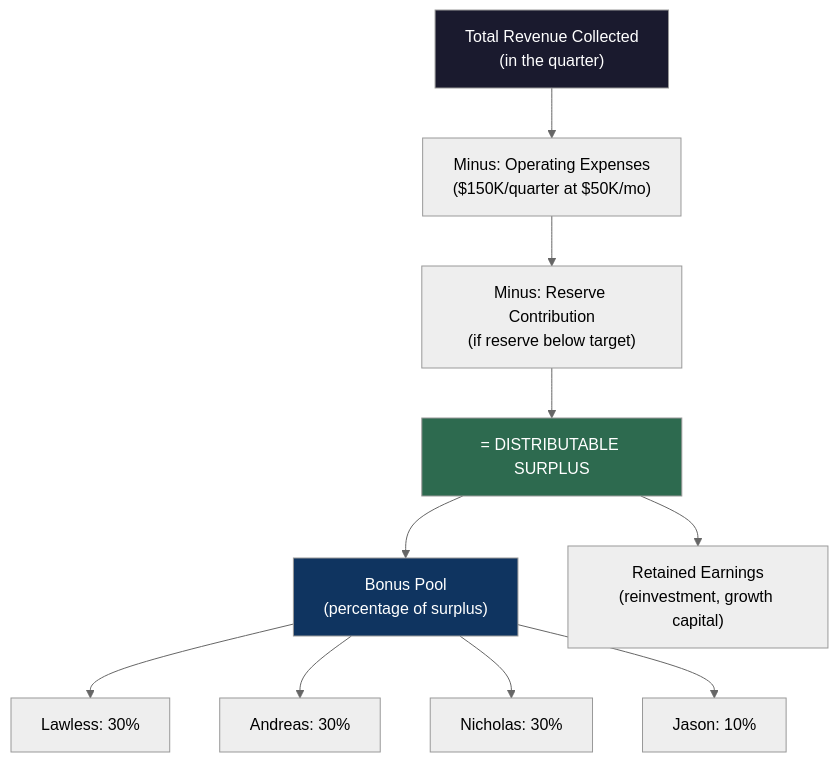
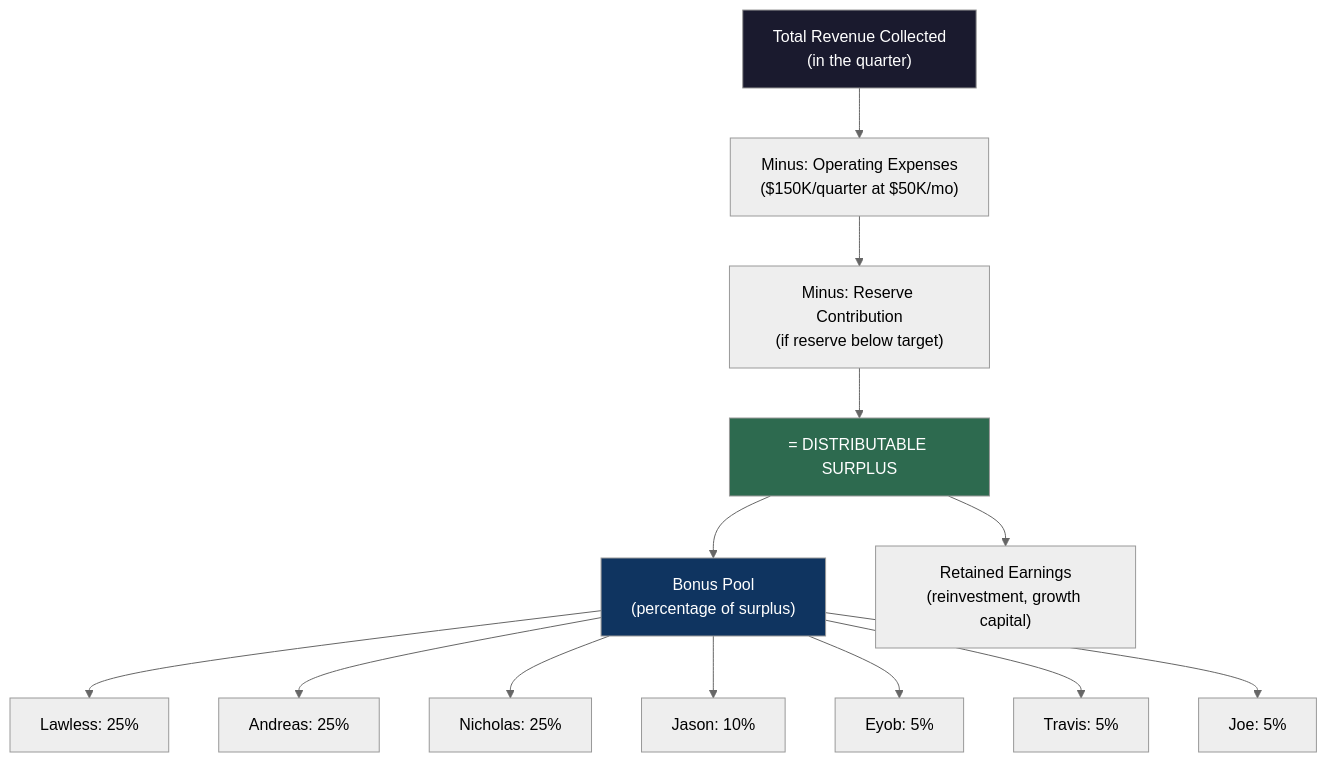
Before and after one commit to Light-Brands/qie: the second of 3 diagrams in docs/light-brands-operations-manual-2026-03-05.md, drawn with Mermaid (neutral theme). The commit also changed other lines of this file and 1 other file, not shown here.

Commit message:
Update equity table: 25/25/25/10/5/5/5 — add Eyob, Travis, Joe as partners

````diff
--- a/docs/light-brands-operations-manual-2026-03-05.md
+++ b/docs/light-brands-operations-manual-2026-03-05.md
@@ -131,22 +134,25 @@
 ```mermaid
 graph TD
     REV["Total Revenue Collected<br/>(in the quarter)"]
     OP["Minus: Operating Expenses<br/>($150K/quarter at $50K/mo)"]
     RES["Minus: Reserve Contribution<br/>(if reserve below target)"]
     POOL["= DISTRIBUTABLE SURPLUS"]
     BONUS["Bonus Pool<br/>(percentage of surplus)"]
     RETAIN["Retained Earnings<br/>(reinvestment, growth capital)"]
 
     REV --> OP --> RES --> POOL
     POOL --> BONUS
     POOL --> RETAIN
 
-    BONUS --> L["Lawless: 30%"]
-    BONUS --> A["Andreas: 30%"]
-    BONUS --> N["Nicholas: 30%"]
+    BONUS --> L["Lawless: 25%"]
+    BONUS --> A["Andreas: 25%"]
+    BONUS --> N["Nicholas: 25%"]
     BONUS --> J["Jason: 10%"]
+    BONUS --> E["Eyob: 5%"]
+    BONUS --> T["Travis: 5%"]
+    BONUS --> JM["Joe: 5%"]
 
     style REV fill:#1a1a2e,color:#fff
     style POOL fill:#2d6a4f,color:#fff
     style BONUS fill:#0f3460,color:#fff
 ```
````
